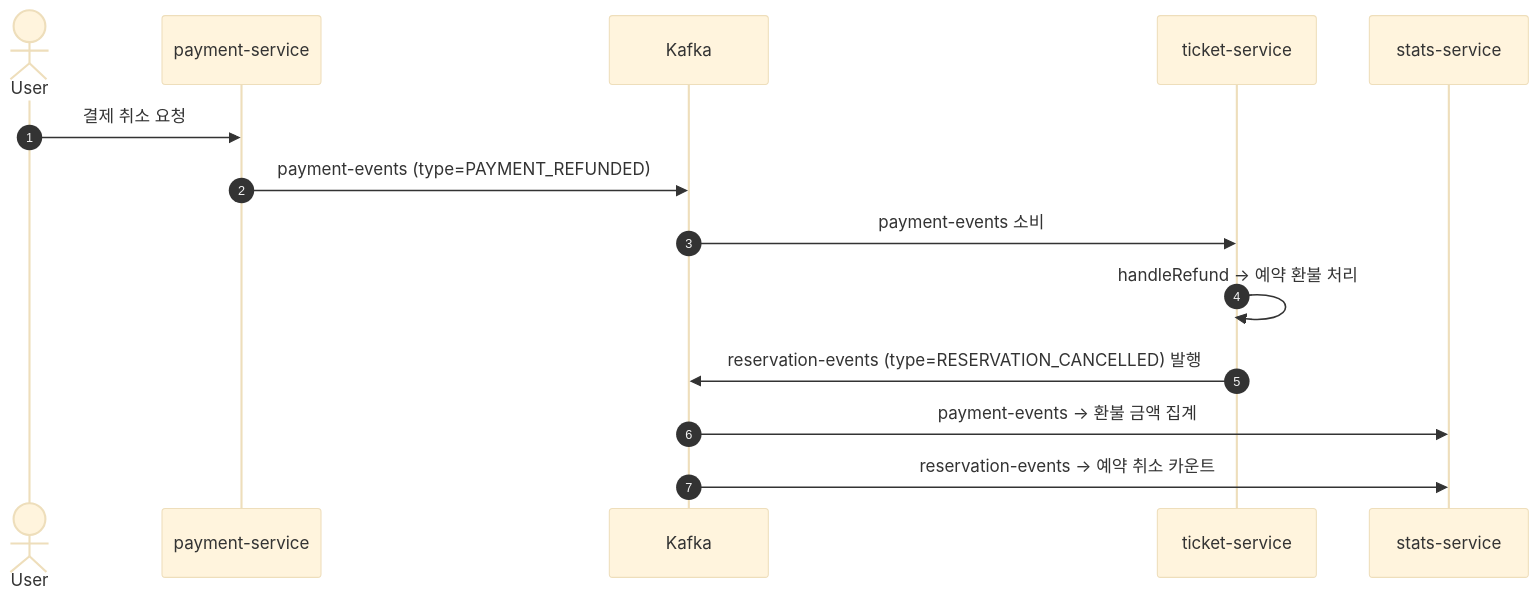
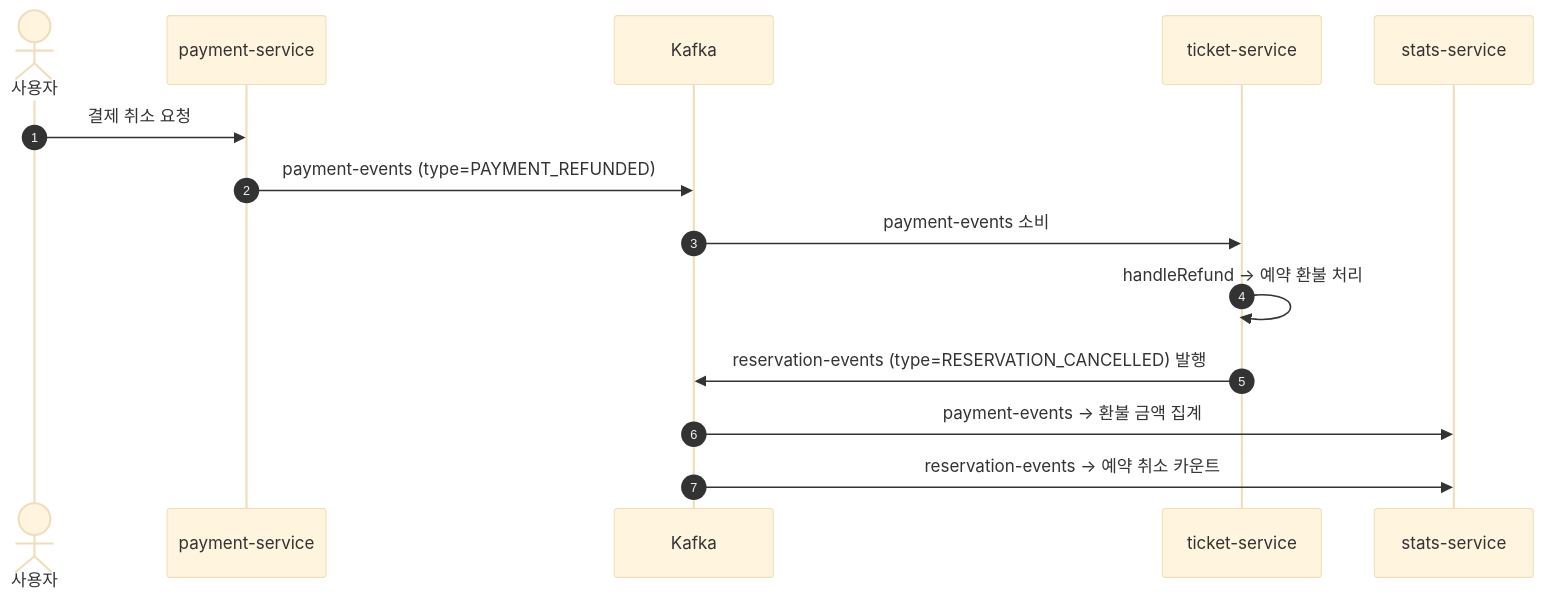
One commit to cchriscode/URR changed the third of 4 diagrams in docs/check8.md. Above: the diagram before and after it, drawn with Mermaid (base theme). The commit also changed other lines of this file and 1 other file, not shown here.

````diff
--- a/docs/check8.md
+++ b/docs/check8.md
@@ -415,17 +623,17 @@
 ```mermaid
 sequenceDiagram
   autonumber
-  actor U as User
+  actor U as 사용자
   participant P as payment-service
   participant K as Kafka
   participant T as ticket-service
   participant ST as stats-service
 
   U->>P: 결제 취소 요청
   P->>K: payment-events (type=PAYMENT_REFUNDED)
   K->>T: payment-events 소비
   T->>T: handleRefund → 예약 환불 처리
   T->>K: reservation-events (type=RESERVATION_CANCELLED) 발행
   K->>ST: payment-events → 환불 금액 집계
   K->>ST: reservation-events → 예약 취소 카운트
 ```
````
